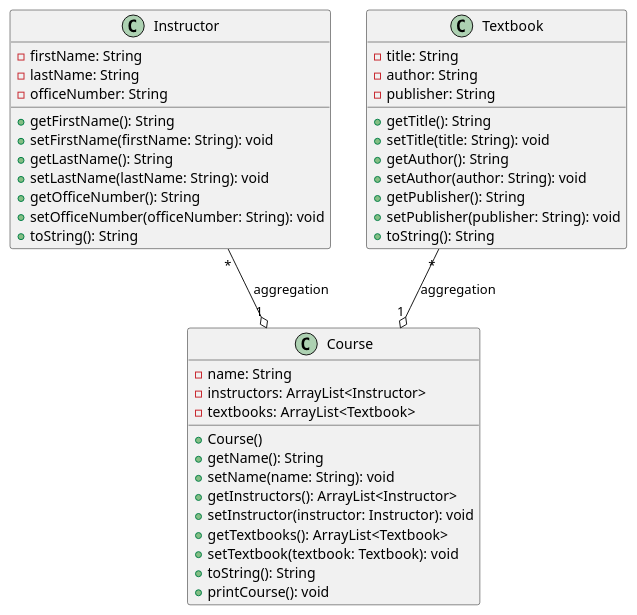
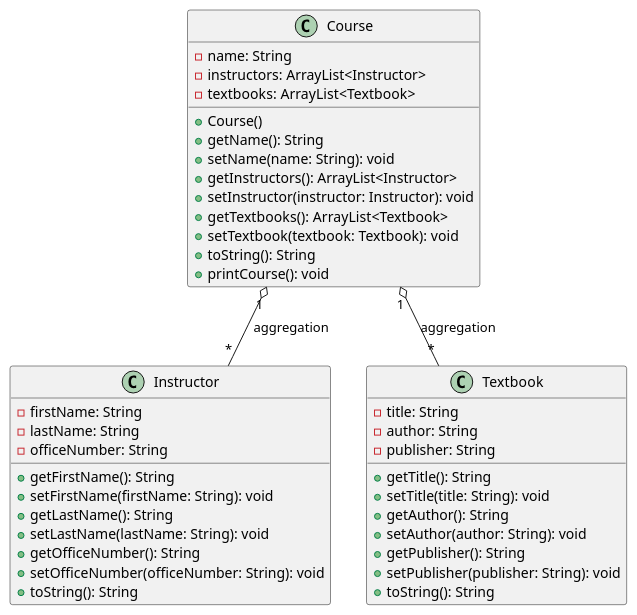
Before and after one commit to fidelisprasetyo/CS5800: the diagram in hw3/Class Diagram/Aggregation.puml, drawn with PlantUML. The commit also changed 4 other files, not shown here.

```diff
--- a/hw3/Class Diagram/Aggregation.puml
+++ b/hw3/Class Diagram/Aggregation.puml
@@ -1,47 +1,46 @@
 @startuml
-
 class Course {
     - name: String
     - instructors: ArrayList<Instructor>
     - textbooks: ArrayList<Textbook>
     + Course()
     + getName(): String
     + setName(name: String): void
     + getInstructors(): ArrayList<Instructor>
     + setInstructor(instructor: Instructor): void
     + getTextbooks(): ArrayList<Textbook>
     + setTextbook(textbook: Textbook): void
     + toString(): String
     + printCourse(): void
 }
 
 class Instructor {
     - firstName: String
     - lastName: String
     - officeNumber: String
     + getFirstName(): String
     + setFirstName(firstName: String): void
     + getLastName(): String
     + setLastName(lastName: String): void
     + getOfficeNumber(): String
     + setOfficeNumber(officeNumber: String): void
     + toString(): String
 }
 
 class Textbook {
     - title: String
     - author: String
     - publisher: String
     + getTitle(): String
     + setTitle(title: String): void
     + getAuthor(): String
     + setAuthor(author: String): void
     + getPublisher(): String
     + setPublisher(publisher: String): void
     + toString(): String
 }
 
+Course "1" o-- "*" Instructor : aggregation
+Course "1" o-- "*" Textbook : aggregation
 
-Instructor "*" --o "1" Course : aggregation
-Textbook "*" --o "1" Course : aggregation
 @enduml
```
